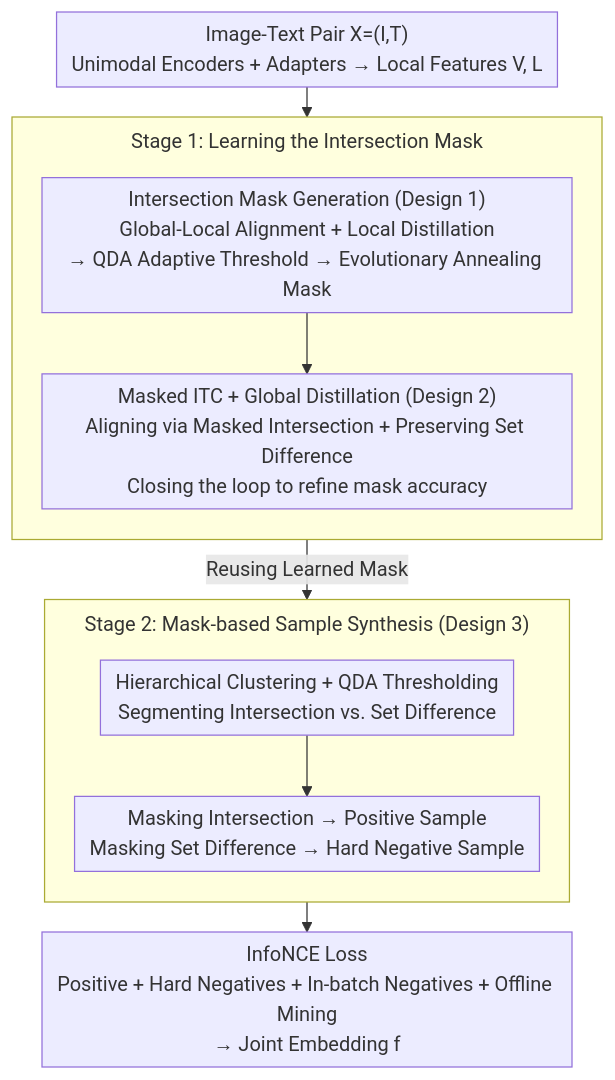
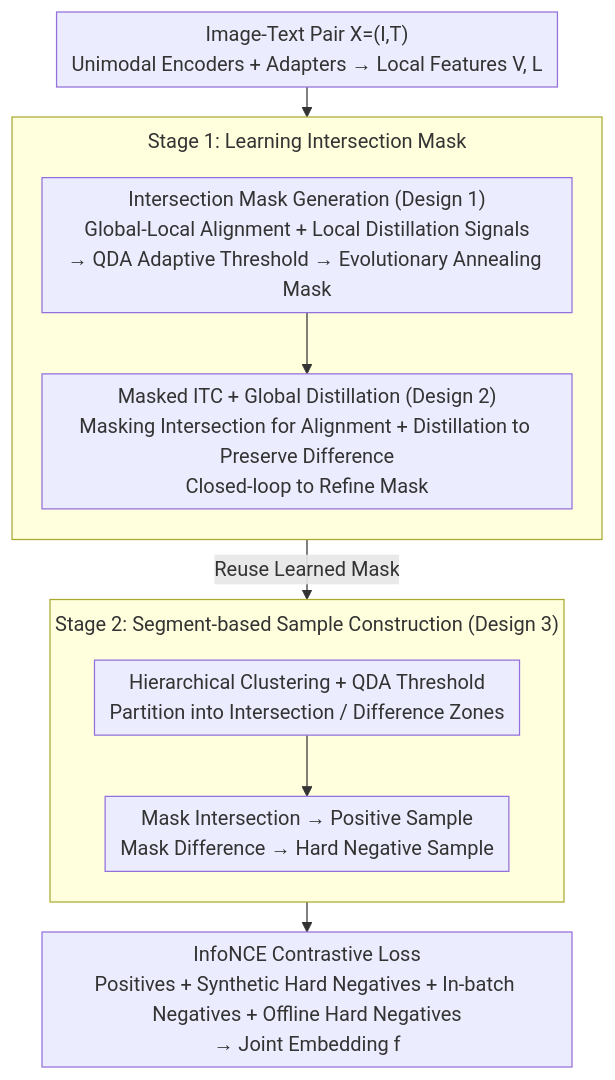
The diagram in docs/ICML2026/multimodal_vlm/solar_self-supervised_joint_learning_for_symmetric_multimodal_retrieval.md (zhaoyang97/Paper-Notes-en), drawn with Mermaid before and after one commit. The commit also changed other lines of this file and 5084 other files, not shown here.

````diff
--- a/docs/ICML2026/multimodal_vlm/solar_self-supervised_joint_learning_for_symmetric_multimodal_retrieval.md
+++ b/docs/ICML2026/multimodal_vlm/solar_self-supervised_joint_learning_for_symmetric_multimodal_retrieval.md
@@ -44,20 +44,20 @@
 ```mermaid
 %%{init: {'flowchart': {'rankSpacing': 24, 'nodeSpacing': 28, 'padding': 6, 'wrappingWidth': 400, 'subGraphTitleMargin': {'top': 8, 'bottom': 16}}}}%%
 flowchart TD
     IN["Image-Text Pair X=(I,T)<br/>Unimodal Encoders + Adapters → Local Features V, L"]
-    subgraph S1["Stage 1: Learning the Intersection Mask"]
+    subgraph S1["Stage 1: Learning Intersection Mask"]
         direction TB
-        A["Intersection Mask Generation (Design 1)<br/>Global-Local Alignment + Local Distillation<br/>→ QDA Adaptive Threshold → Evolutionary Annealing Mask"]
-        B["Masked ITC + Global Distillation (Design 2)<br/>Aligning via Masked Intersection + Preserving Set Difference<br/>Closing the loop to refine mask accuracy"]
+        A["Intersection Mask Generation (Design 1)<br/>Global-Local Alignment + Local Distillation Signals<br/>→ QDA Adaptive Threshold → Evolutionary Annealing Mask"]
+        B["Masked ITC + Global Distillation (Design 2)<br/>Masking Intersection for Alignment + Distillation to Preserve Difference<br/>Closed-loop to Refine Mask"]
         A --> B
     end
-    subgraph S2["Stage 2: Mask-based Sample Synthesis (Design 3)"]
+    subgraph S2["Stage 2: Segment-based Sample Construction (Design 3)"]
         direction TB
-        C["Hierarchical Clustering + QDA Thresholding<br/>Segmenting Intersection vs. Set Difference"]
-        D["Masking Intersection → Positive Sample<br/>Masking Set Difference → Hard Negative Sample"]
+        C["Hierarchical Clustering + QDA Threshold<br/>Partition into Intersection / Difference Zones"]
+        D["Mask Intersection → Positive Sample<br/>Mask Difference → Hard Negative Sample"]
         C --> D
     end
     IN --> S1
-    S1 -->|"Reusing Learned Mask"| S2
-    S2 --> OUT["InfoNCE Loss<br/>Positive + Hard Negatives + In-batch Negatives + Offline Mining<br/>→ Joint Embedding f"]
+    S1 -->|"Reuse Learned Mask"| S2
+    S2 --> OUT["InfoNCE Contrastive Loss<br/>Positives + Synthetic Hard Negatives + In-batch Negatives + Offline Hard Negatives<br/>→ Joint Embedding f"]
 ```
````
